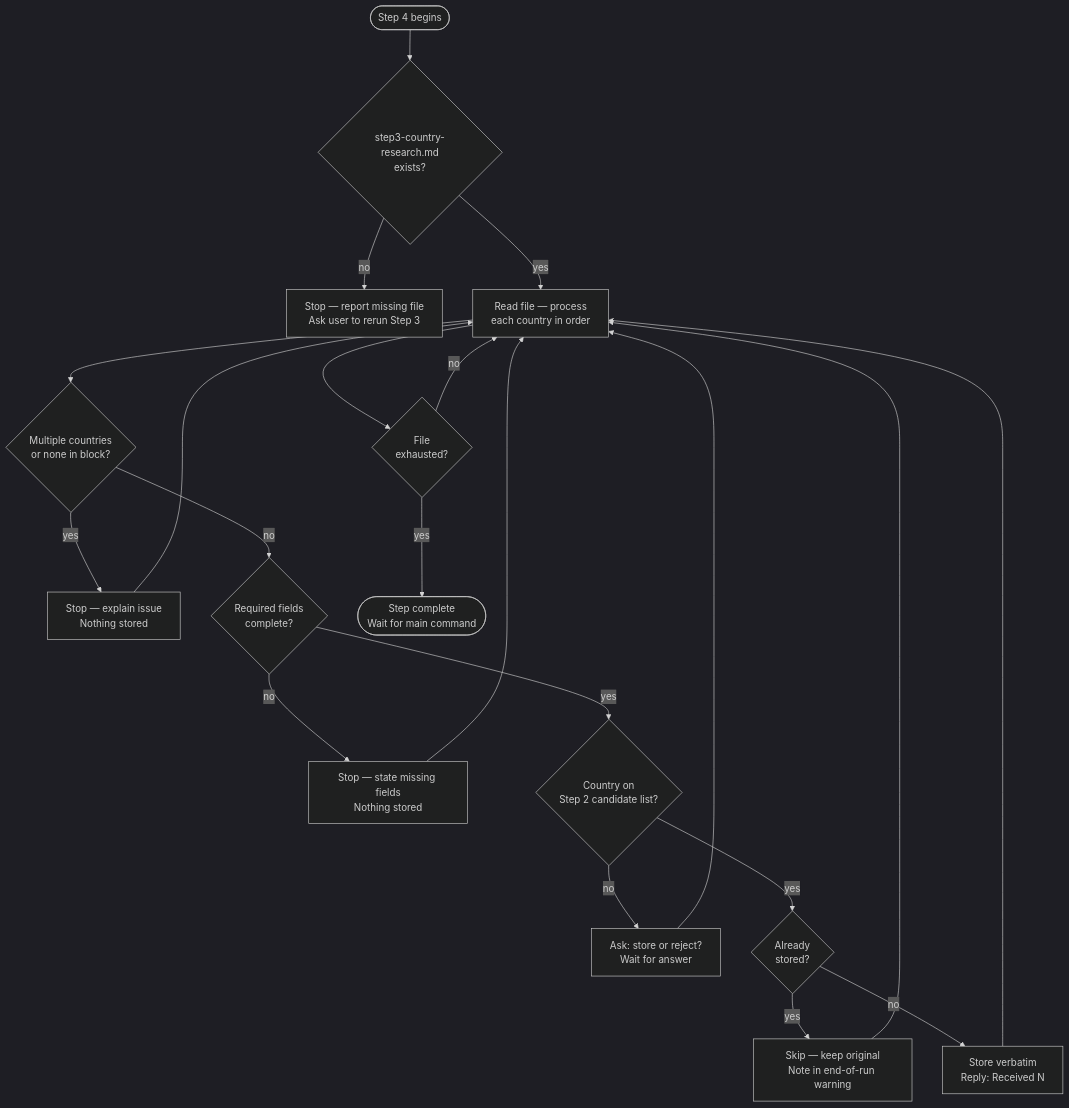
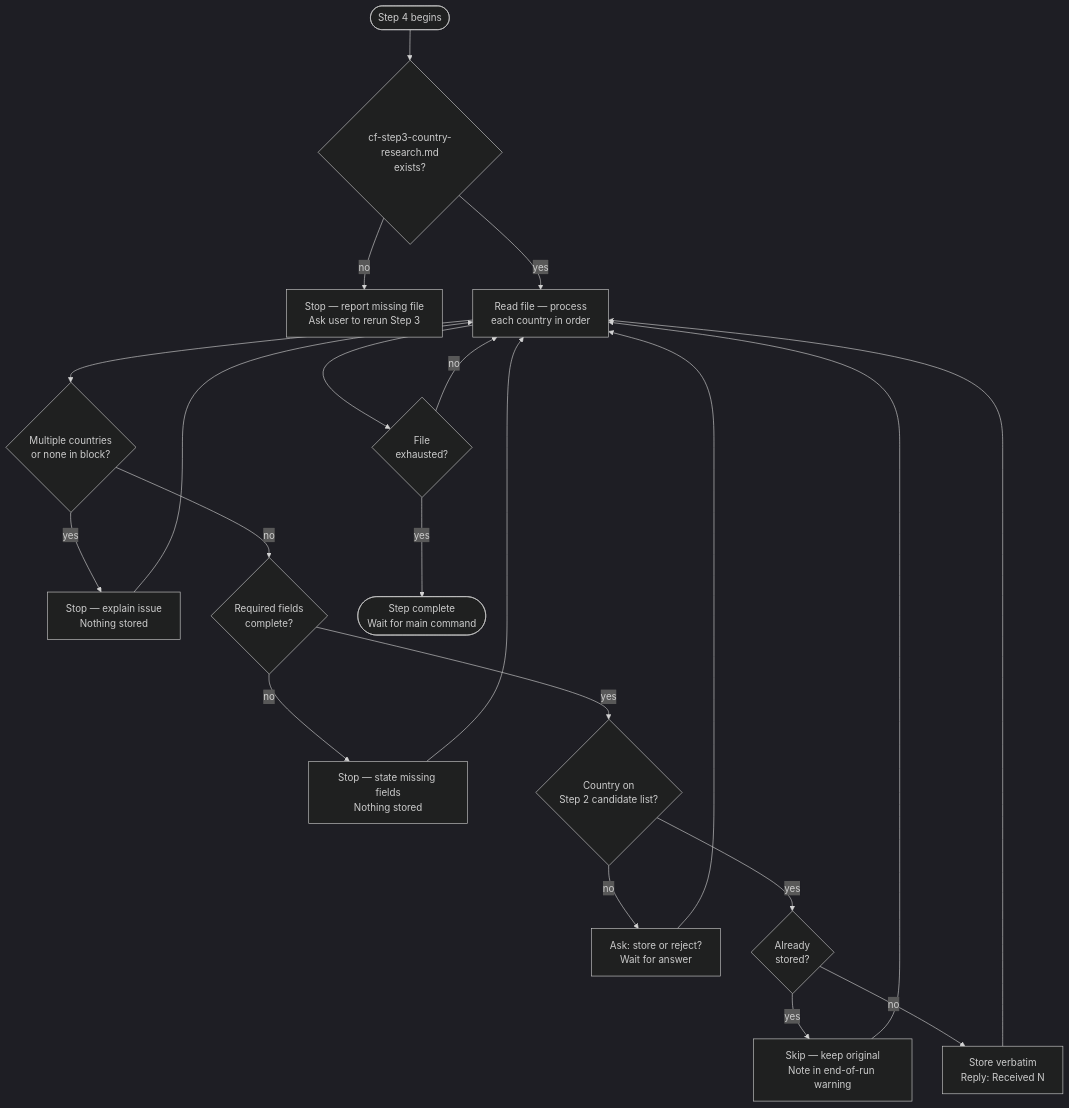
The diagram in docs/commands/country-finder/step4-data-ingestion.md (myowinthein/agent-compass), drawn with Mermaid (dark theme) before and after one commit. The commit also changed other lines of this file and 14 other files, not shown here.

````diff
--- a/docs/commands/country-finder/step4-data-ingestion.md
+++ b/docs/commands/country-finder/step4-data-ingestion.md
@@ -14,23 +14,23 @@
 ```mermaid
 flowchart TD
-  Start([Step 4 begins]) --> FileCheck{step3-country-research.md\nexists?}
+  Start([Step 4 begins]) --> FileCheck{cf-step3-country-research.md\nexists?}
   FileCheck -->|no| Error[Stop — report missing file\nAsk user to rerun Step 3]
   FileCheck -->|yes| ReadFile[Read file — process\neach country in order]
   ReadFile --> MultiCheck{Multiple countries\nor none in block?}
   MultiCheck -->|yes| Err1[Stop — explain issue\nNothing stored]
   Err1 --> ReadFile
   MultiCheck -->|no| FieldCheck{Required fields\ncomplete?}
   FieldCheck -->|no| Err2[Stop — state missing fields\nNothing stored]
   Err2 --> ReadFile
   FieldCheck -->|yes| ListCheck{Country on\nStep 2 candidate list?}
   ListCheck -->|no| AskStore[Ask: store or reject?\nWait for answer]
   AskStore --> ReadFile
   ListCheck -->|yes| DupCheck{Already\nstored?}
   DupCheck -->|yes| Skip[Skip — keep original\nNote in end-of-run warning]
   DupCheck -->|no| Store[Store verbatim\nReply: Received N]
   Skip --> ReadFile
   Store --> ReadFile
   ReadFile --> Done{File\nexhausted?}
   Done -->|no| ReadFile
   Done -->|yes| End([Step complete\nWait for main command])
 ```
````
